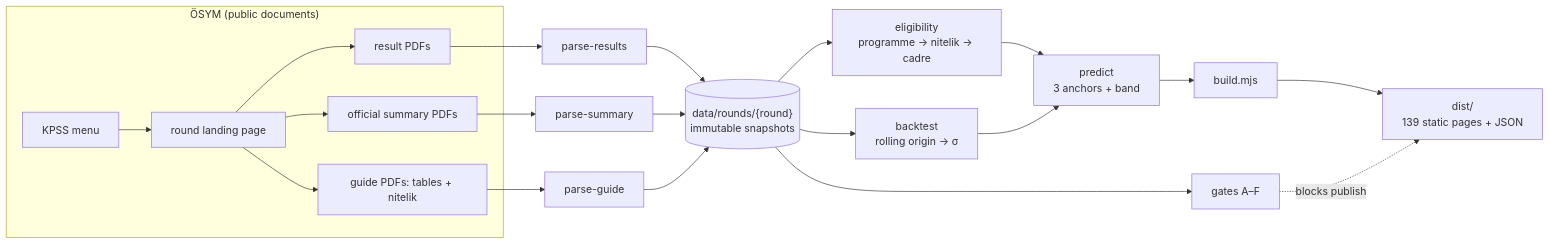
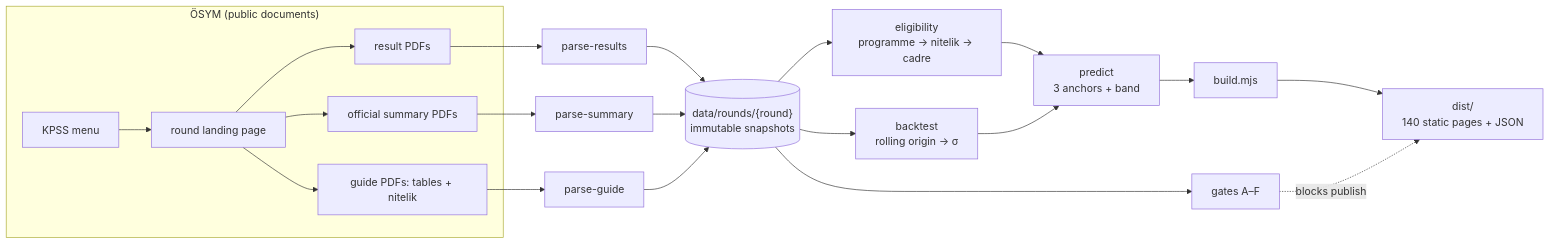
One commit to bahattinercan/tercihpusula changed the first of 2 diagrams in README.md. Above: the diagram before and after it, drawn with Mermaid. The commit also changed other lines of this file and 8 other files, not shown here.

````diff
--- a/README.md
+++ b/README.md
@@ -59,23 +60,23 @@
 ```mermaid
 flowchart LR
   subgraph OSYM["ÖSYM (public documents)"]
     M[KPSS menu] --> L[round landing page]
     L --> R[result PDFs]
     L --> G[guide PDFs: tables + nitelik]
     L --> S[official summary PDFs]
   end
   R --> P1[parse-results]
   S --> P2[parse-summary]
   G --> P3[parse-guide]
   P1 --> D[("data/rounds/{round}<br/>immutable snapshots")]
   P2 --> D
   P3 --> D
   D --> E[eligibility<br/>programme → nitelik → cadre]
   D --> B[backtest<br/>rolling origin → σ]
   E --> PR[predict<br/>3 anchors + band]
   B --> PR
   PR --> W[build.mjs]
-  W --> OUT[dist/<br/>139 static pages + JSON]
+  W --> OUT[dist/<br/>140 static pages + JSON]
   D --> GA[gates A–F]
   GA -.blocks publish.-> OUT
 ```
````
